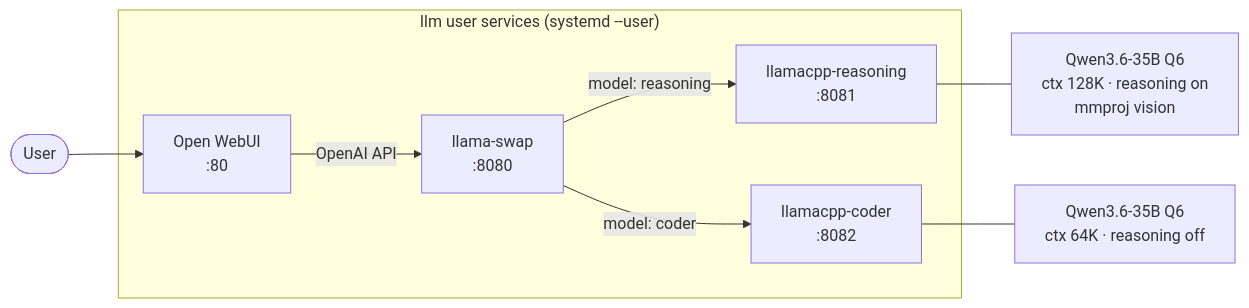
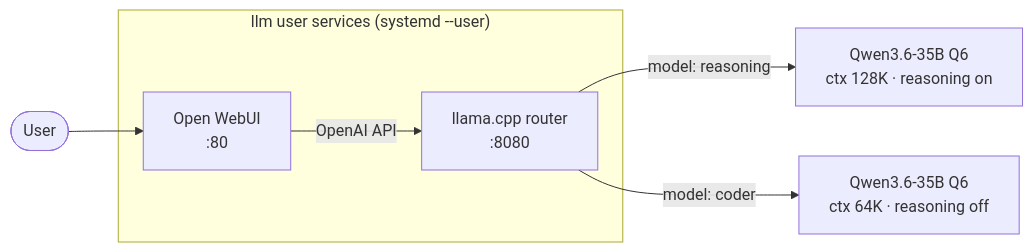
Before and after one commit to edepree/llm: the diagram in README.md, drawn with Mermaid. The commit also changed other lines of this file and 7 other files, not shown here.

````diff
--- a/README.md
+++ b/README.md
@@ -7,18 +7,13 @@
 ```mermaid
 graph LR
     user([User]) --> webui
 
     subgraph services["llm user services (systemd --user)"]
         webui["Open WebUI\n:80"]
-        swap["llama-swap\n:8080"]
-        reasoning["llamacpp-reasoning\n:8081"]
-        coder["llamacpp-coder\n:8082"]
+        router["llama.cpp router\n:8080"]
     end
 
-    webui -->|OpenAI API| swap
-    swap -->|model: reasoning| reasoning
-    swap -->|model: coder| coder
-
-    reasoning --- r_model["Qwen3.6-35B Q6\nctx 128K · reasoning on\nmmproj vision"]
-    coder --- c_model["Qwen3.6-35B Q6\nctx 64K · reasoning off"]
+    webui -->|OpenAI API| router
+    router -->|model: reasoning| r_model["Qwen3.6-35B Q6\nctx 128K · reasoning on"]
+    router -->|model: coder| c_model["Qwen3.6-35B Q6\nctx 64K · reasoning off"]
 ```
````
